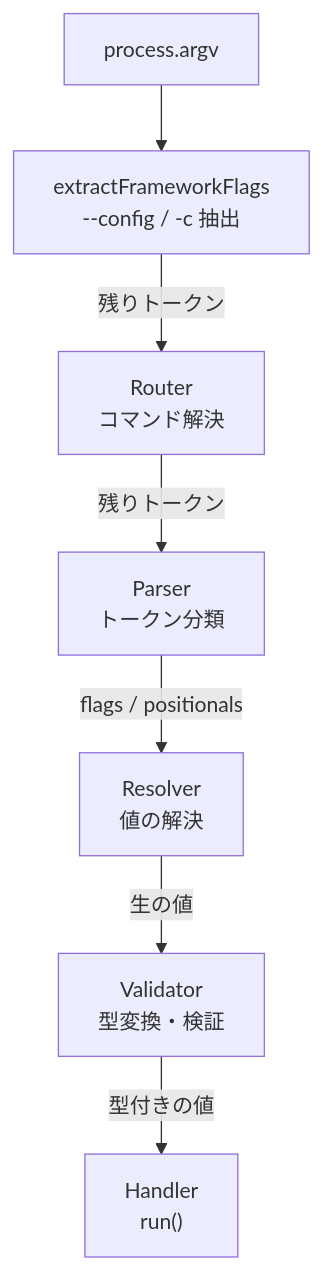
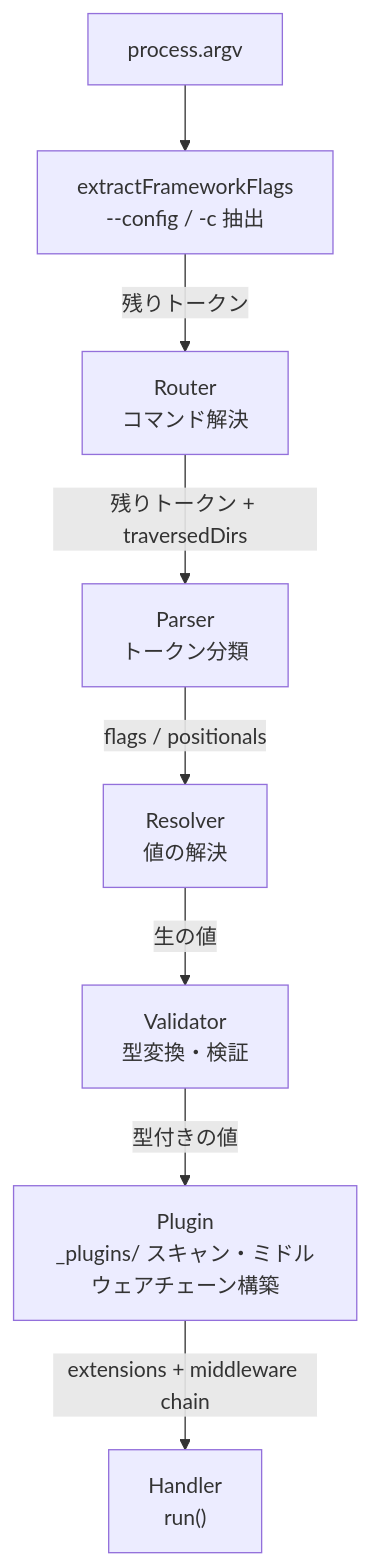
One commit to miyaoka/fsss changed the first of 5 diagrams in docs/architecture.md. Above: the diagram before and after it, drawn with Mermaid. The commit also changed other lines of this file and 3 other files, not shown here.

````diff
--- a/docs/architecture.md
+++ b/docs/architecture.md
@@ -5,17 +5,19 @@
 ```mermaid
 flowchart TD
   argv["process.argv"]
   extract["extractFrameworkFlags<br/>--config / -c 抽出"]
   router["Router<br/>コマンド解決"]
   parser["Parser<br/>トークン分類"]
   resolver["Resolver<br/>値の解決"]
   validator["Validator<br/>型変換・検証"]
+  plugin["Plugin<br/>_plugins/ スキャン・ミドルウェアチェーン構築"]
   handler["Handler<br/>run()"]
 
   argv --> extract
   extract -- "残りトークン" --> router
-  router -- "残りトークン" --> parser
+  router -- "残りトークン + traversedDirs" --> parser
   parser -- "flags / positionals" --> resolver
   resolver -- "生の値" --> validator
-  validator -- "型付きの値" --> handler
+  validator -- "型付きの値" --> plugin
+  plugin -- "extensions + middleware chain" --> handler
 ```
````
